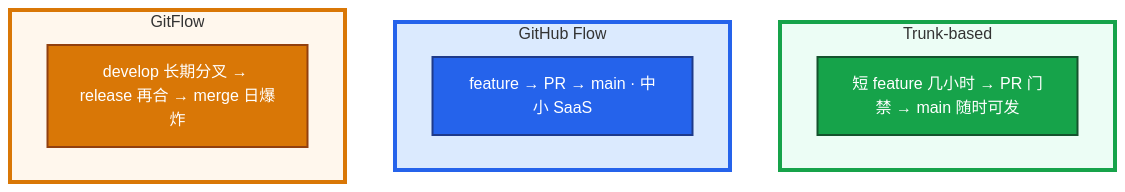
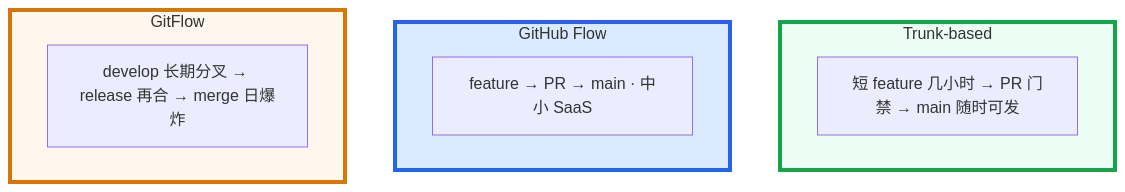
The first of 5 diagrams in 04-工程化与自动化/01-Git工作流/练习题.md (ml-cuizijun/LearnToLilith), drawn with Mermaid before and after one commit. The commit also changed other lines of this file and 470 other files, not shown here.

````diff
--- a/04-工程化与自动化/01-Git工作流/练习题.md
+++ b/04-工程化与自动化/01-Git工作流/练习题.md
@@ -46,21 +50,18 @@
 ```mermaid
 flowchart TB
     subgraph tb ["Trunk-based"]
         t[短 feature 几小时 → PR 门禁 → main 随时可发]
     end
     subgraph gh ["GitHub Flow"]
         h[feature → PR → main · 中小 SaaS]
     end
     subgraph gf ["GitFlow"]
         g[develop 长期分叉 → release 再合 → merge 日爆炸]
     end
-    classDef ok fill:#16A34A,stroke:#14532D,stroke-width:2px,color:#fff
-    classDef info fill:#2563EB,stroke:#1E3A8A,stroke-width:2px,color:#fff
-    classDef bad fill:#D97706,stroke:#92400E,stroke-width:2px,color:#fff
     class t ok
     class h info
     class g bad
     style tb fill:#ECFDF5,stroke:#16A34A,stroke-width:4px
     style gh fill:#DBEAFE,stroke:#2563EB,stroke-width:4px
     style gf fill:#FFF7ED,stroke:#D97706,stroke-width:4px
 ```
````
